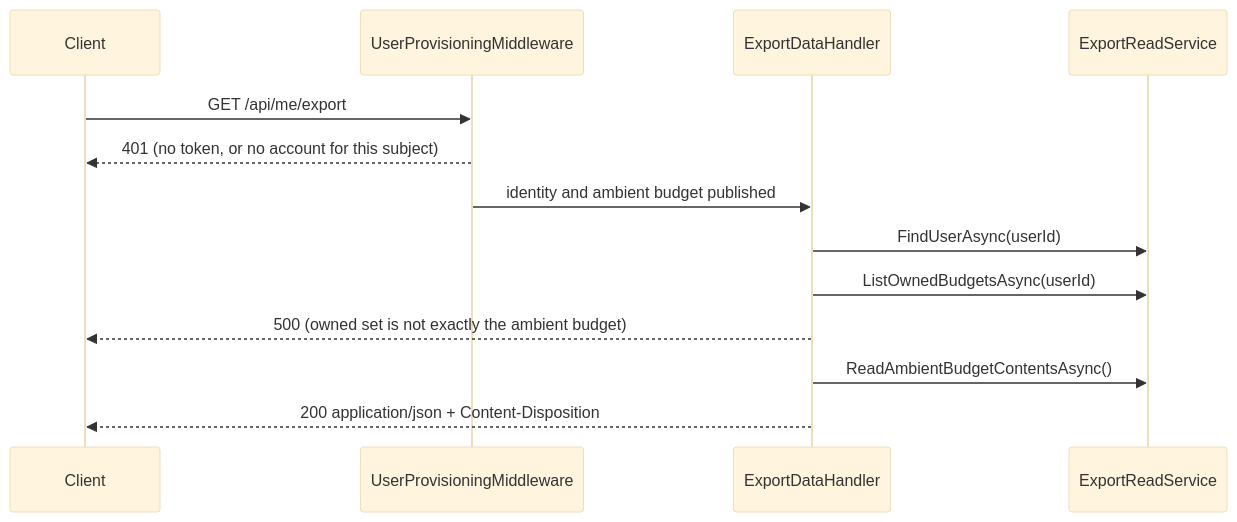
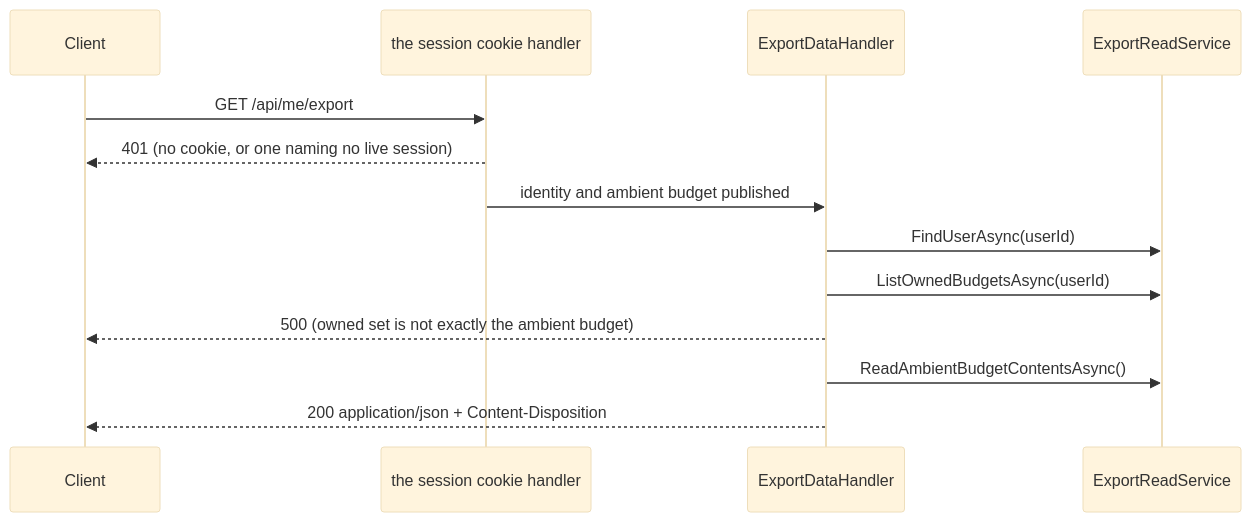
The second of 2 diagrams in docs/business-logic/export.md (anton-kochev/budgetoid), drawn with Mermaid (base theme) before and after one commit. The commit also changed other lines of this file and 110 other files, not shown here.

````diff
--- a/docs/business-logic/export.md
+++ b/docs/business-logic/export.md
@@ -320,15 +324,15 @@
 ```mermaid
 sequenceDiagram
     participant C as Client
-    participant M as UserProvisioningMiddleware
+    participant M as the session cookie handler
     participant H as ExportDataHandler
     participant R as ExportReadService
     C->>M: GET /api/me/export
-    M-->>C: 401 (no token, or no account for this subject)
+    M-->>C: 401 (no cookie, or one naming no live session)
     M->>H: identity and ambient budget published
     H->>R: FindUserAsync(userId)
     H->>R: ListOwnedBudgetsAsync(userId)
     H-->>C: 500 (owned set is not exactly the ambient budget)
     H->>R: ReadAmbientBudgetContentsAsync()
     H-->>C: 200 application/json + Content-Disposition
 ```
````
